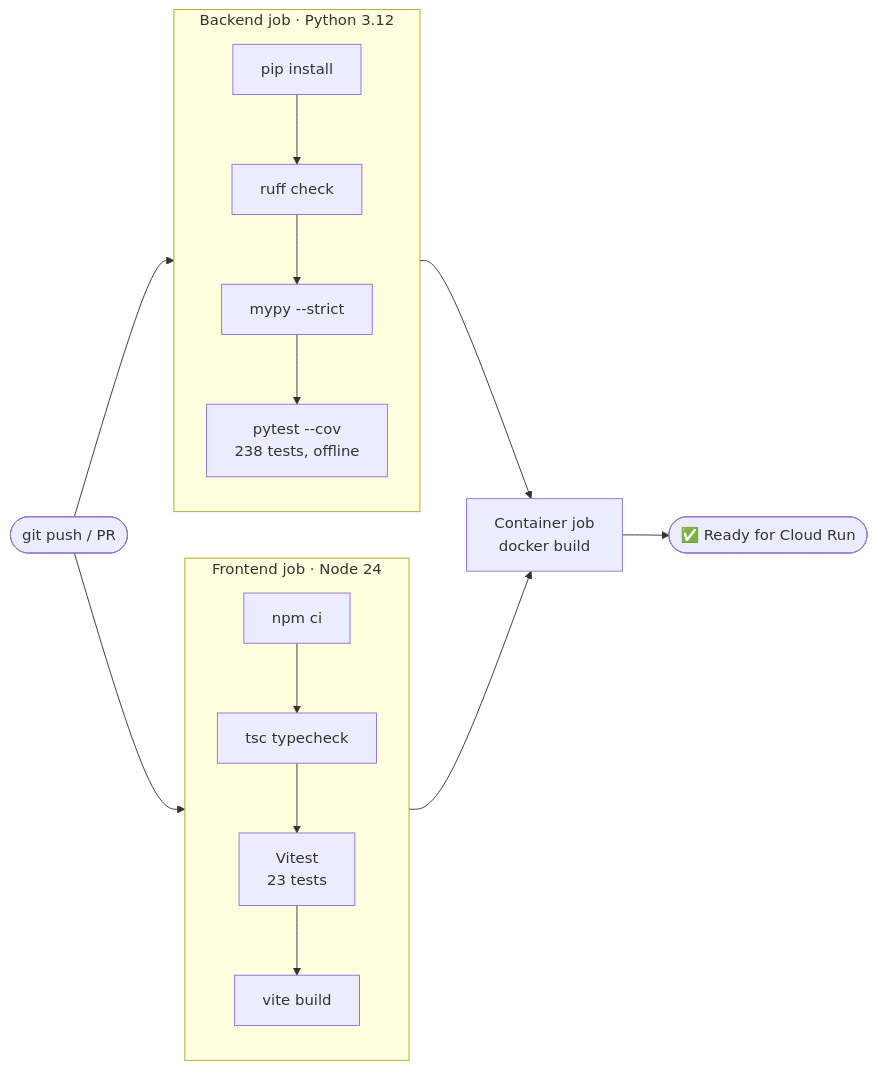
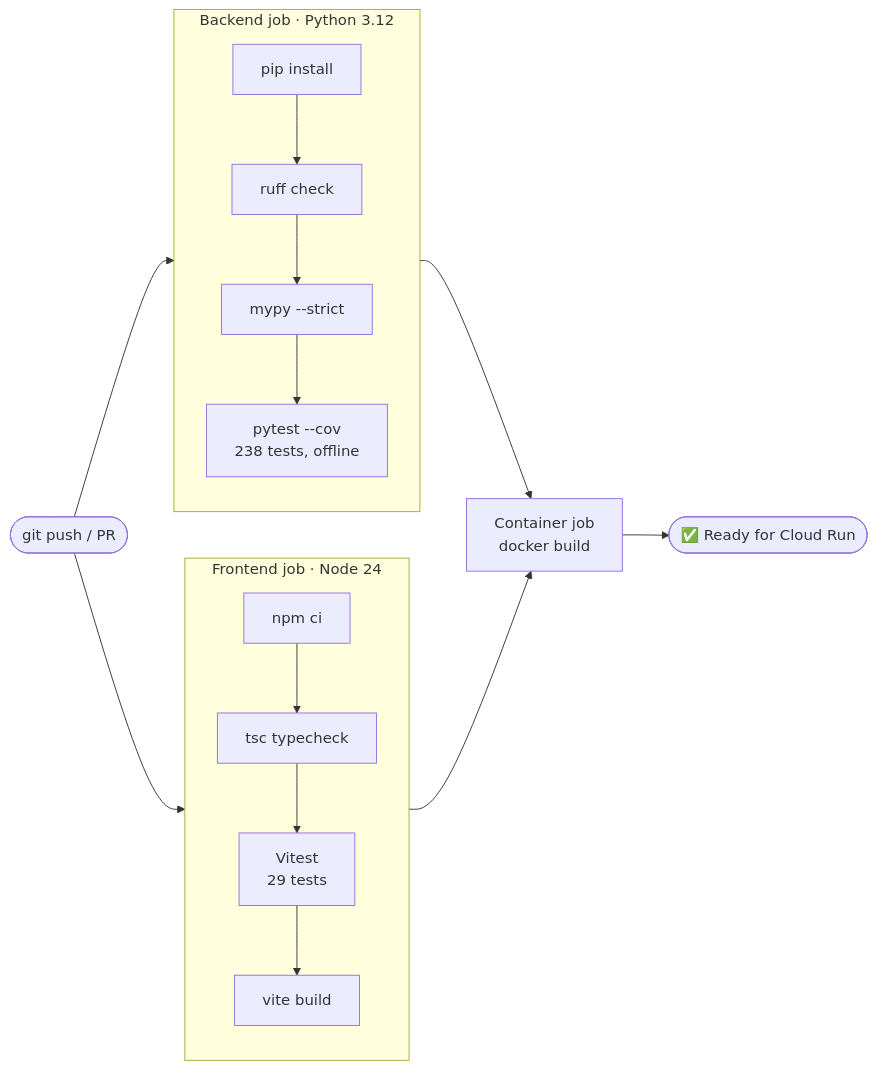
The sixth of 7 diagrams in README.md (HimanshuGit3/JobScamAlert), drawn with Mermaid before and after one commit. The commit also changed other lines of this file and 14 other files, not shown here.

````diff
--- a/README.md
+++ b/README.md
@@ -386,13 +390,13 @@
 ```mermaid
 flowchart LR
     PUSH([git push / PR]) --> BE & FE
     subgraph BE[Backend job · Python 3.12]
         B1[pip install] --> B2[ruff check] --> B3[mypy --strict] --> B4[pytest --cov<br/>238 tests, offline]
     end
     subgraph FE[Frontend job · Node 24]
-        F1[npm ci] --> F2[tsc typecheck] --> F3[Vitest<br/>23 tests] --> F4[vite build]
+        F1[npm ci] --> F2[tsc typecheck] --> F3[Vitest<br/>29 tests] --> F4[vite build]
     end
     BE --> C[Container job<br/>docker build]
     FE --> C
     C --> OK([✅ Ready for Cloud Run])
 ```
````
